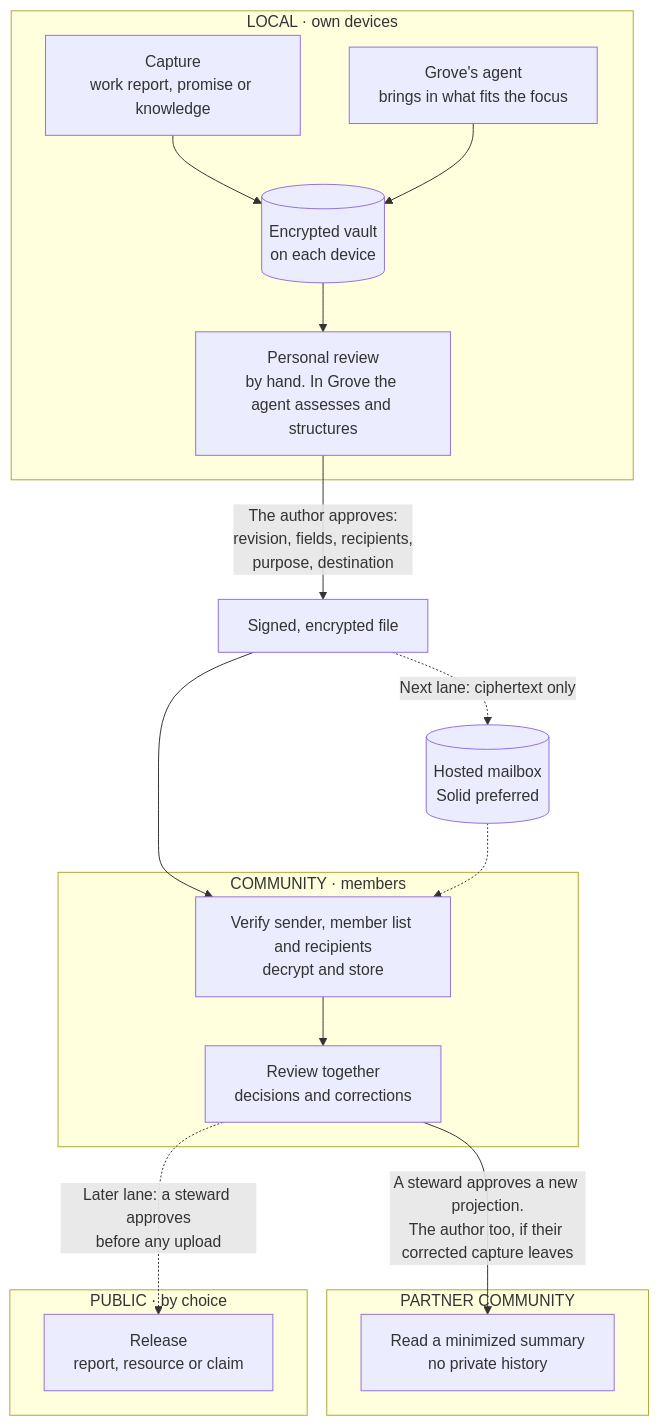
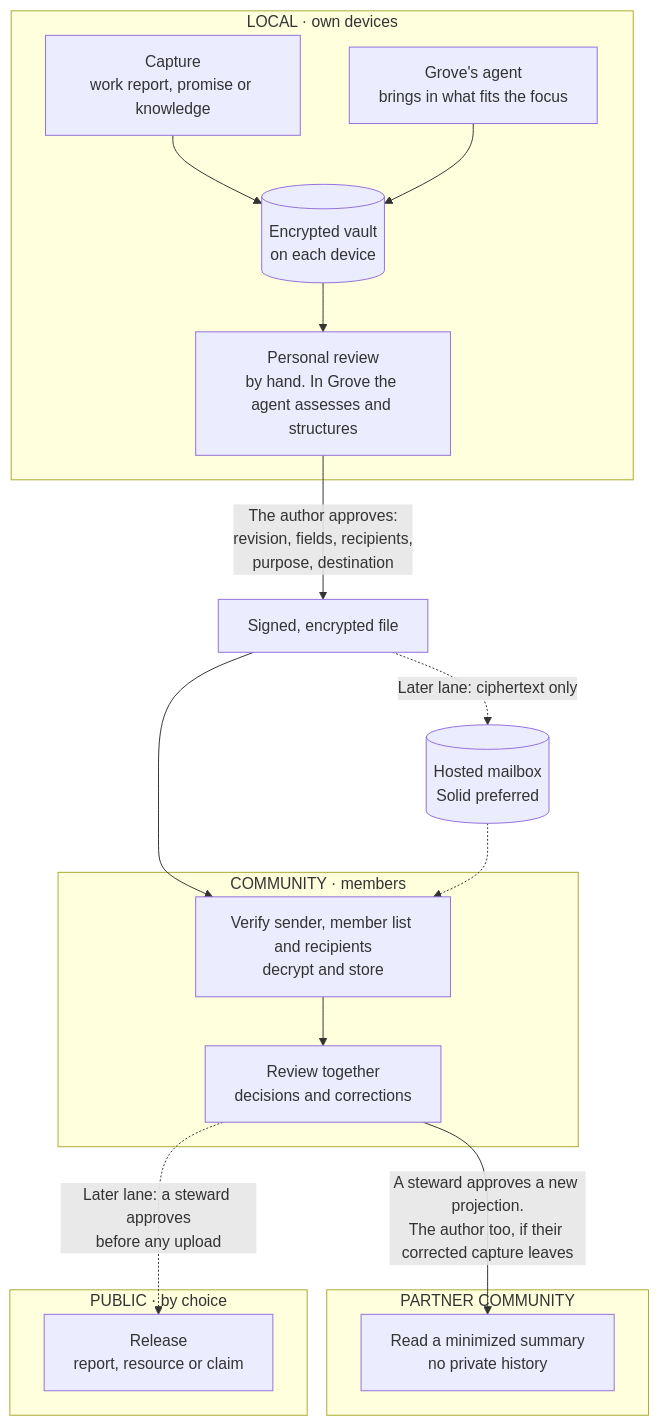
One commit to greenpill-dev-guild/green-goods changed the first of 18 diagrams in .plans/ideas/grove/architecture-flows.md. Above: the diagram before and after it, drawn with Mermaid. The commit also changed other lines of this file and 10 other files, not shown here.

````diff
--- a/.plans/ideas/grove/architecture-flows.md
+++ b/.plans/ideas/grove/architecture-flows.md
@@ -7,23 +7,23 @@
 ```mermaid
 flowchart TB
   subgraph LOCAL["LOCAL · own devices"]
     Cap["Capture<br/>work report, promise or knowledge"] --> Vault[("Encrypted vault<br/>on each device")]
     Agent["Grove's agent<br/>brings in what fits the focus"] --> Vault
     Vault --> PRev["Personal review<br/>by hand. In Grove the agent assesses and structures"]
   end
   subgraph COMMUNITY["COMMUNITY · members"]
     Recv["Verify sender, member list and recipients<br/>decrypt and store"] --> CRev["Review together<br/>decisions and corrections"]
   end
   subgraph PARTNER["PARTNER COMMUNITY"]
     PSum["Read a minimized summary<br/>no private history"]
   end
   subgraph PUBLIC["PUBLIC · by choice"]
     Rel["Release<br/>report, resource or claim"]
   end
   PRev -->|"The author approves:<br/>revision, fields, recipients,<br/>purpose, destination"| File["Signed, encrypted file"]
   File --> Recv
-  File -.->|"Next lane: ciphertext only"| Box[("Hosted mailbox<br/>Solid preferred")]
+  File -.->|"Later lane: ciphertext only"| Box[("Hosted mailbox<br/>Solid preferred")]
   Box -.-> Recv
   CRev -->|"A steward approves a new projection.<br/>The author too, if their corrected capture leaves"| PSum
   CRev -.->|"Later lane: a steward approves<br/>before any upload"| Rel
 ```
````
